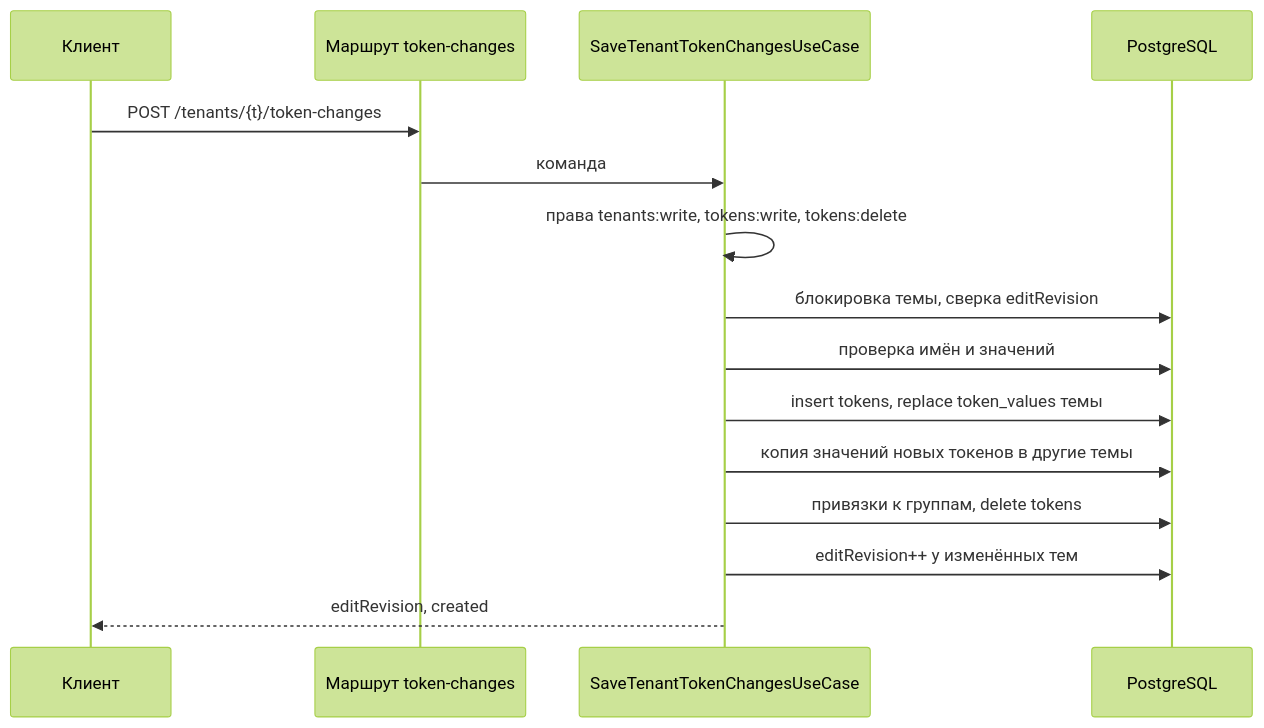
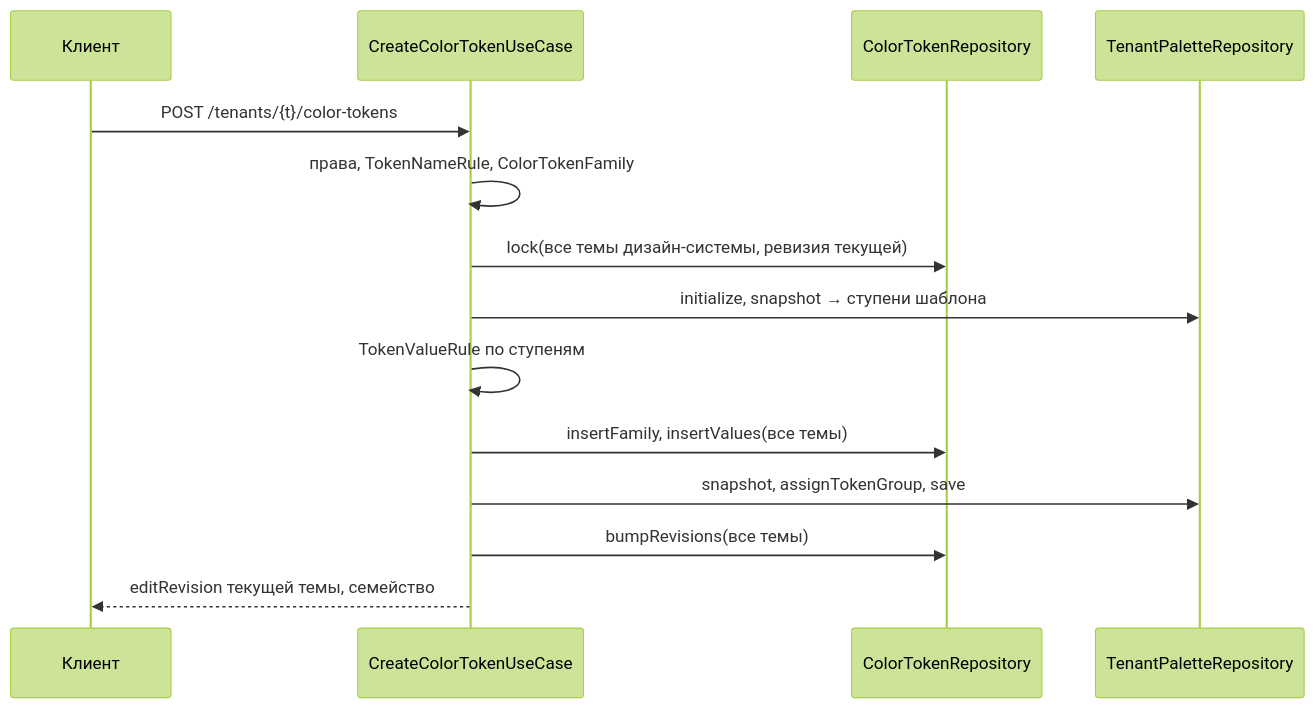
The diagram in openspec/changes/add-color-tokens-api/design.md (salute-developers/design-system-builder), drawn with Mermaid (forest theme) before and after one commit. The commit also changed other lines of this file and 12 other files, not shown here.

First line of the commit message:
docs(openspec): switch color tokens changes to per-token operations and autosave

````diff
--- a/openspec/changes/add-color-tokens-api/design.md
+++ b/openspec/changes/add-color-tokens-api/design.md
@@ -170,17 +190,16 @@
 ```mermaid
 sequenceDiagram
   participant C as Клиент
-  participant R as Маршрут token-changes
-  participant U as SaveTenantTokenChangesUseCase
-  participant DB as PostgreSQL
-  C->>R: POST /tenants/{t}/token-changes
-  R->>U: команда
-  U->>U: права tenants:write, tokens:write, tokens:delete
-  U->>DB: блокировка темы, сверка editRevision
-  U->>DB: проверка имён и значений
-  U->>DB: insert tokens, replace token_values темы
-  U->>DB: копия значений новых токенов в другие темы
-  U->>DB: привязки к группам, delete tokens
-  U->>DB: editRevision++ у изменённых тем
-  U-->>C: editRevision, created
+  participant U as CreateColorTokenUseCase
+  participant T as ColorTokenRepository
+  participant P as TenantPaletteRepository
+  C->>U: POST /tenants/{t}/color-tokens
+  U->>U: права, TokenNameRule, ColorTokenFamily
+  U->>T: lock(все темы дизайн-системы, ревизия текущей)
+  U->>P: initialize, snapshot → ступени шаблона
+  U->>U: TokenValueRule по ступеням
+  U->>T: insertFamily, insertValues(все темы)
+  U->>P: snapshot, assignTokenGroup, save
+  U->>T: bumpRevisions(все темы)
+  U-->>C: editRevision текущей темы, семейство
 ```
````
